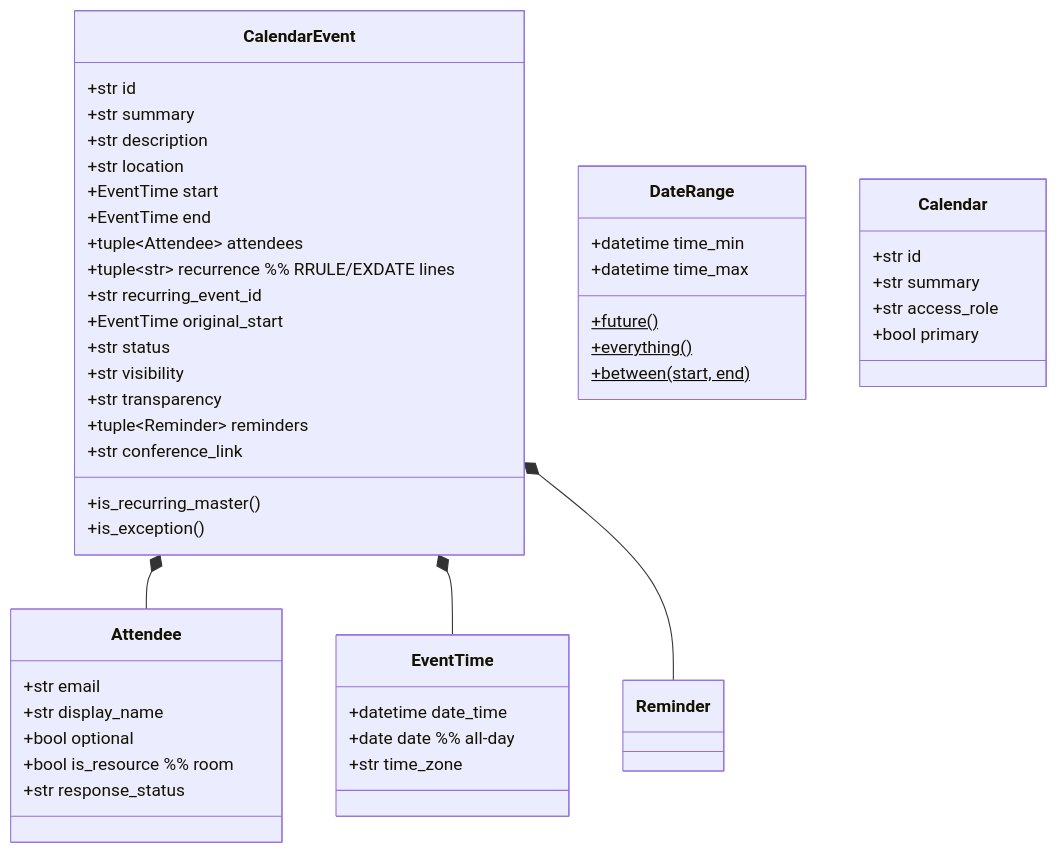
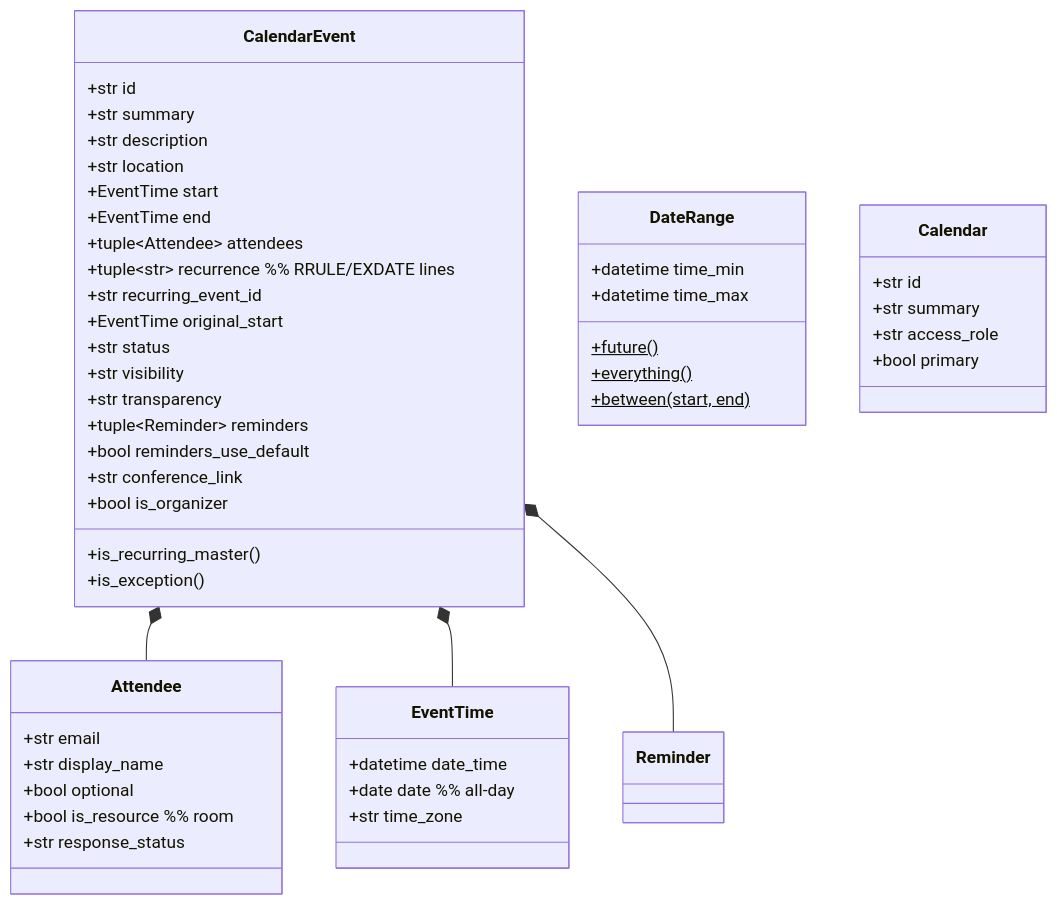
The third of 5 diagrams in docs/SPECIFICATION.md (p1x3l4rtd3v/CalMove), drawn with Mermaid before and after one commit. The commit also changed other lines of this file and 28 other files, not shown here.

````diff
--- a/docs/SPECIFICATION.md
+++ b/docs/SPECIFICATION.md
@@ -127,50 +134,52 @@
 ```mermaid
 classDiagram
     class CalendarEvent {
         +str id
         +str summary
         +str description
         +str location
         +EventTime start
         +EventTime end
         +tuple~Attendee~ attendees
         +tuple~str~ recurrence  %% RRULE/EXDATE lines
         +str recurring_event_id
         +EventTime original_start
         +str status
         +str visibility
         +str transparency
         +tuple~Reminder~ reminders
+        +bool reminders_use_default
         +str conference_link
+        +bool is_organizer
         +is_recurring_master()
         +is_exception()
     }
     class Attendee {
         +str email
         +str display_name
         +bool optional
         +bool is_resource  %% room
         +str response_status
     }
     class EventTime {
         +datetime date_time
         +date date  %% all-day
         +str time_zone
     }
     class DateRange {
         +datetime time_min
         +datetime time_max
         +future()$
         +everything()$
         +between(start, end)$
     }
     class Calendar {
         +str id
         +str summary
         +str access_role
         +bool primary
     }
     CalendarEvent *-- Attendee
     CalendarEvent *-- EventTime
     CalendarEvent *-- Reminder
 ```
````
